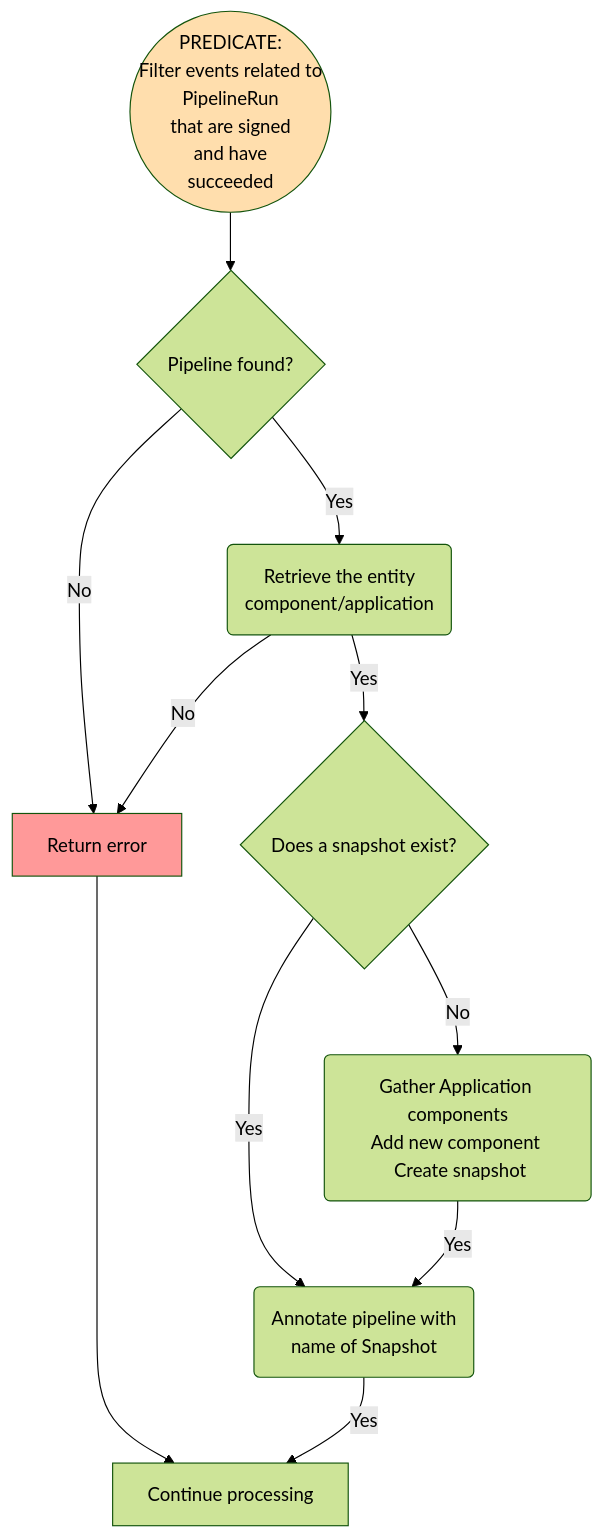
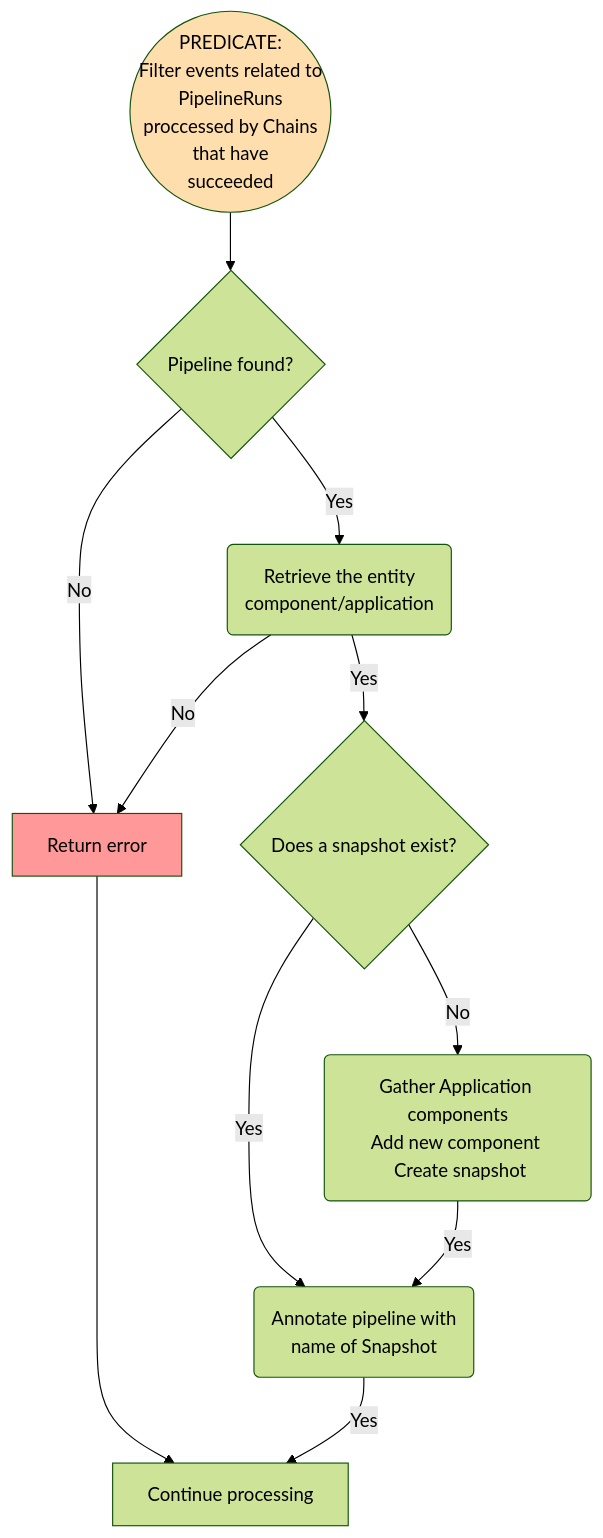
One commit to konflux-ci/integration-service changed the diagram in docs/build_pipeline_controller.md. Above: the diagram before and after it, drawn with Mermaid. The commit also changed 3 other files, not shown here.

````diff
--- a/docs/build_pipeline_controller.md
+++ b/docs/build_pipeline_controller.md
@@ -3,36 +3,36 @@
 ```mermaid
 
 %%{init: {'theme':'forest'}}%%
 flowchart TD
 %% Defining the styles
   classDef Red fill:#FF9999;
   classDef Amber fill:#FFDEAD;
   classDef Green fill:#BDFFA4;
- 
+
   %% Node definitions
-predicate((PREDICATE: <br> Filter events related to <br> PipelineRun <br> that are signed <br> and have <br> succeeded))
+predicate((PREDICATE: <br> Filter events related to <br> PipelineRuns <br> proccessed by Chains <br> that have <br> succeeded))
 get_pipeline_run{Pipeline found?}
 retrieve_associated_entity(Retrieve the entity <br> component/application)
 determine_snapshot{Does a snapshot exist?}
 create_snapshot(Gather Application components<br> Add new component  <br> Create snapshot)
 annotate_pipelineRun(Annotate pipeline with <br> name of Snapshot)
 error[Return error]
 continue[Continue processing]
 
 %% Node connections
 predicate                        --> get_pipeline_run
 get_pipeline_run           --Yes --> retrieve_associated_entity
 get_pipeline_run           --No  --> error
 retrieve_associated_entity --No  --> error
 error                            --> continue
 retrieve_associated_entity --Yes --> determine_snapshot
 determine_snapshot         --Yes --> annotate_pipelineRun
 determine_snapshot         --No  --> create_snapshot
 create_snapshot            --Yes --> annotate_pipelineRun
 annotate_pipelineRun       --Yes --> continue
 
 %% Assigning styles to nodes
 class predicate Amber;
 class error Red;
 
   ```
````
